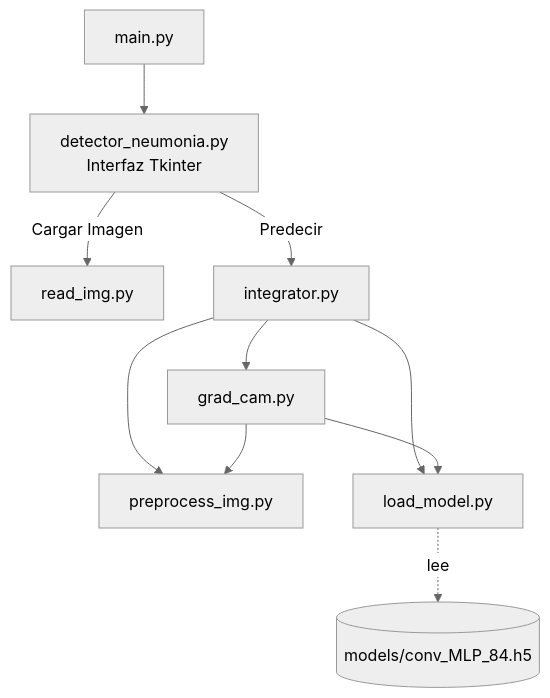
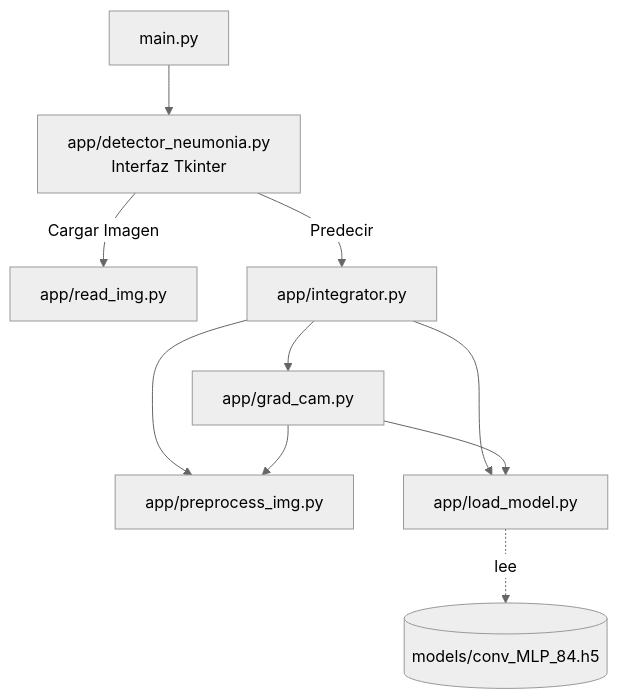
Before and after one commit to milton329/UAO-Neumonia: the diagram in README.md, drawn with Mermaid (neutral theme). The commit also changed other lines of this file and 19 other files, not shown here.

````diff
--- a/README.md
+++ b/README.md
@@ -47,12 +47,12 @@
 ```mermaid
 flowchart TD
-    main[main.py] --> gui["detector_neumonia.py<br/>Interfaz Tkinter"]
-    gui -->|Cargar Imagen| read[read_img.py]
-    gui -->|Predecir| integ[integrator.py]
-    integ --> prep[preprocess_img.py]
-    integ --> model[load_model.py]
-    integ --> gc[grad_cam.py]
+    main[main.py] --> gui["app/detector_neumonia.py<br/>Interfaz Tkinter"]
+    gui -->|Cargar Imagen| read[app/read_img.py]
+    gui -->|Predecir| integ[app/integrator.py]
+    integ --> prep[app/preprocess_img.py]
+    integ --> model[app/load_model.py]
+    integ --> gc[app/grad_cam.py]
     gc --> prep
     gc --> model
     model -.lee.-> h5[("models/conv_MLP_84.h5")]
 ```
````
